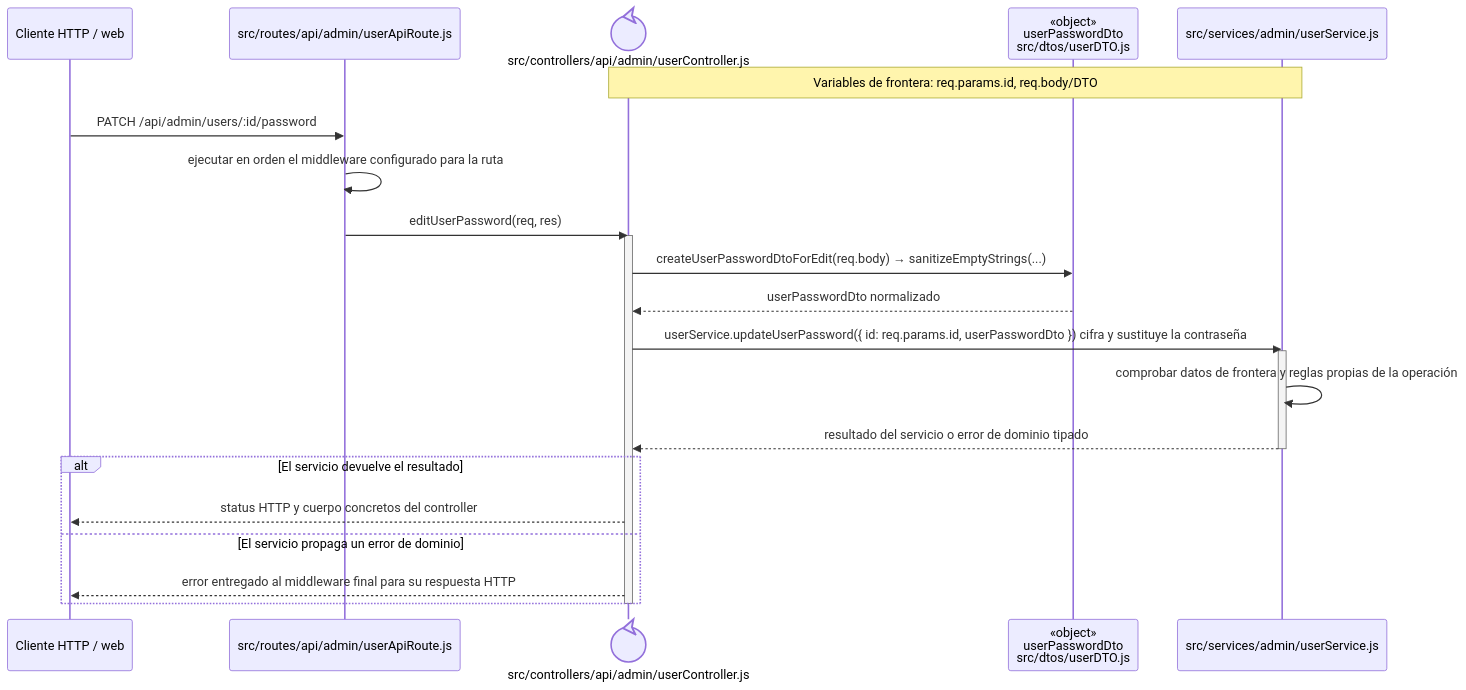
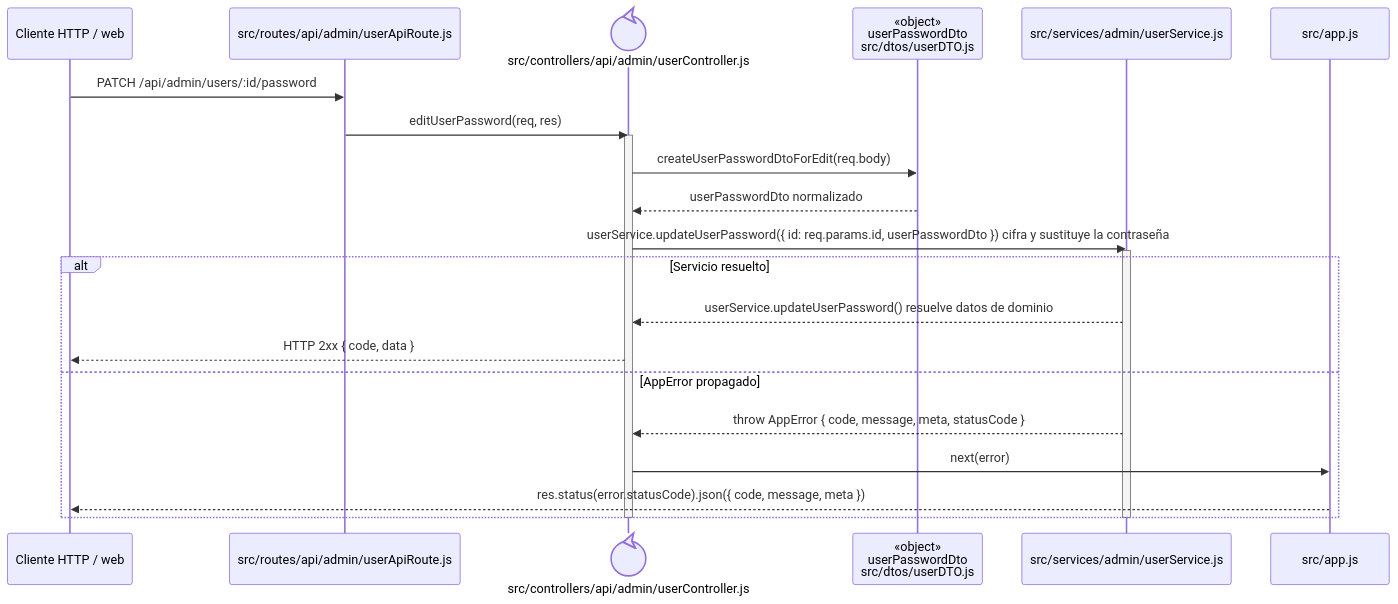
One commit to gpgsistemas01/nexus changed the diagram in docs/architecture/backend-code-sequences/identity-access/cu-ida-08.md. Above: the diagram before and after it, drawn with Mermaid. The commit also changed 148 other files, not shown here.

````diff
--- a/docs/architecture/backend-code-sequences/identity-access/cu-ida-08.md
+++ b/docs/architecture/backend-code-sequences/identity-access/cu-ida-08.md
@@ -6,27 +6,27 @@
 ```mermaid
 sequenceDiagram
     participant Client as Cliente HTTP / web
     participant Route as src/routes/api/admin/userApiRoute.js
     participant Controller@{ "type": "control" } as src/controllers/api/admin/userController.js
     participant PasswordDto as «object»<br/>userPasswordDto<br/>src/dtos/userDTO.js
     participant Domain as src/services/admin/userService.js
-    Note over Controller,Domain: Variables de frontera: req.params.id, req.body/DTO
+    participant ErrorHandler as src/app.js
 
     Client->>Route: PATCH /api/admin/users/:id/password
-    Route->>Route: ejecutar en orden el middleware configurado para la ruta
     Route->>Controller: editUserPassword(req, res)
     activate Controller
-    Controller->>PasswordDto: createUserPasswordDtoForEdit(req.body) → sanitizeEmptyStrings(...)
+    Controller->>PasswordDto: createUserPasswordDtoForEdit(req.body)
     PasswordDto-->>Controller: userPasswordDto normalizado
     Controller->>Domain: userService.updateUserPassword({ id: req.params.id, userPasswordDto }) cifra y sustituye la contraseña
     activate Domain
-    Domain->>Domain: comprobar datos de frontera y reglas propias de la operación
-    Domain-->>Controller: resultado del servicio o error de dominio tipado
+    alt Servicio resuelto
+        Domain-->>Controller: userService.updateUserPassword() resuelve datos de dominio
+        Controller-->>Client: HTTP 2xx { code, data }
+    else AppError propagado
+        Domain-->>Controller: throw AppError { code, message, meta, statusCode }
+        Controller->>ErrorHandler: next(error)
+        ErrorHandler-->>Client: res.status(error.statusCode).json({ code, message, meta })
+    end
     deactivate Domain
-    alt El servicio devuelve el resultado
-        Controller-->>Client: status HTTP y cuerpo concretos del controller
-    else El servicio propaga un error de dominio
-        Controller-->>Client: error entregado al middleware final para su respuesta HTTP
-    end
     deactivate Controller
 ```
````
